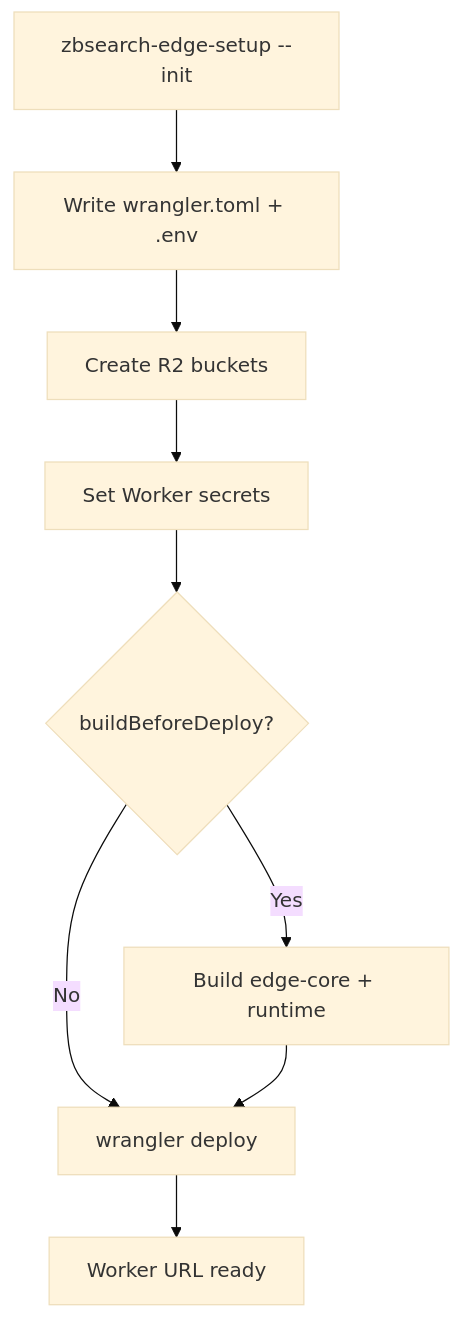
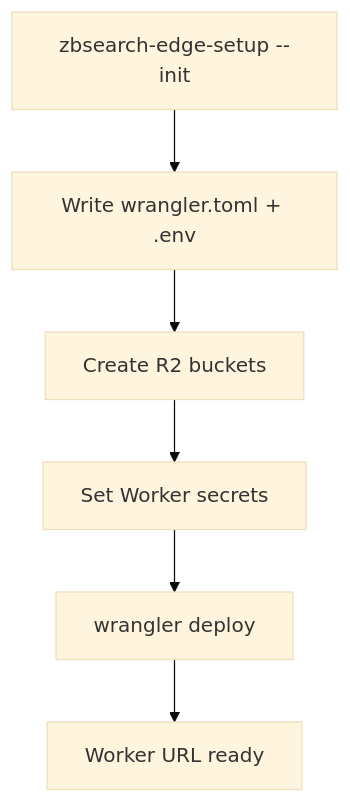
Before and after one commit to micheleriva/zbsearch: the ninth of 9 diagrams in apps/docs/content/blog/deploying-zbsearch-to-cloudflare.mdx, drawn with Mermaid (base theme). The commit also changed other lines of this file, not shown here.

````diff
--- a/apps/docs/content/blog/deploying-zbsearch-to-cloudflare.mdx
+++ b/apps/docs/content/blog/deploying-zbsearch-to-cloudflare.mdx
@@ -378,11 +397,8 @@
 ```mermaid
 flowchart TD
   Start[zbsearch-edge-setup --init] --> Config[Write wrangler.toml + .env]
   Config --> Buckets[Create R2 buckets]
   Buckets --> Secrets[Set Worker secrets]
-  Secrets --> Build{buildBeforeDeploy?}
-  Build -->|Yes| Compile[Build edge-core + runtime]
-  Build -->|No| Deploy
-  Compile --> Deploy[wrangler deploy]
+  Secrets --> Deploy[wrangler deploy]
   Deploy --> Live[Worker URL ready]
 ```
````
